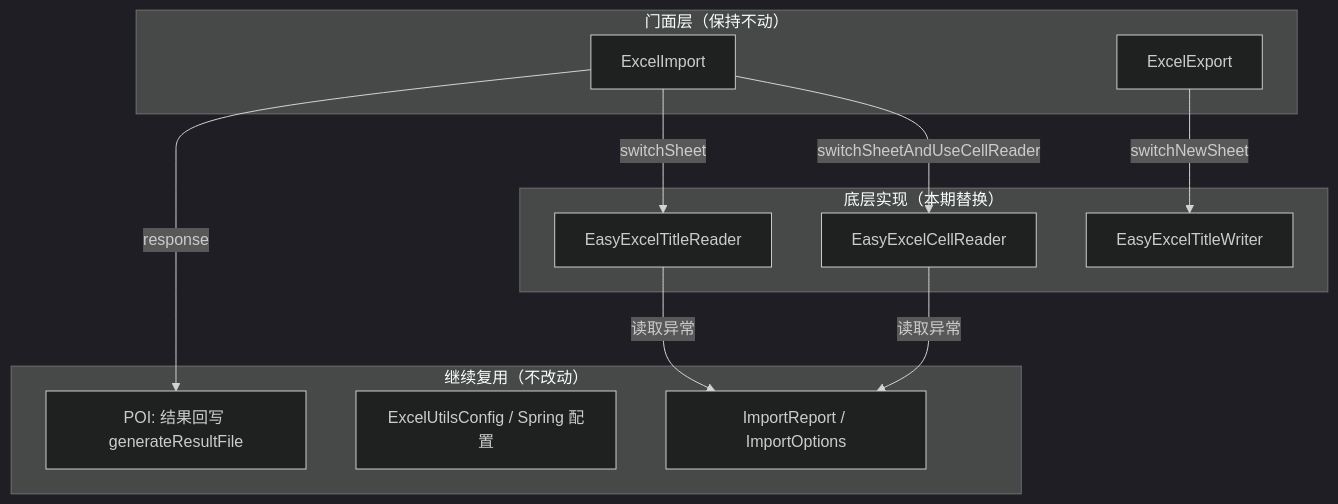
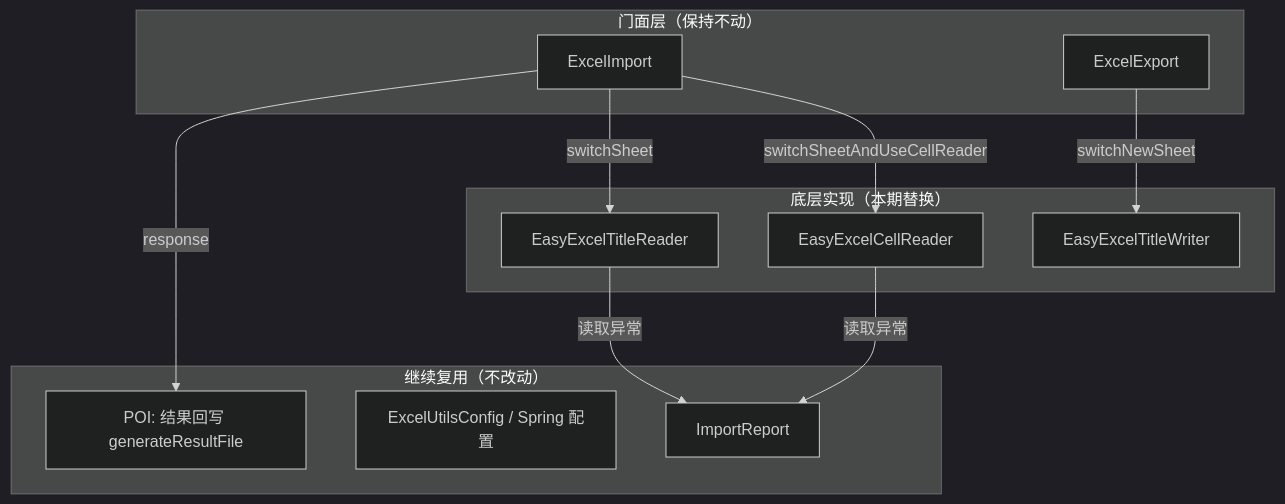
The diagram in doc/TRD-EasyExcel底层替换与门面兼容.md (creekmoon/excel-utils-boot-starter), drawn with Mermaid (dark theme) before and after one commit. The commit also changed other lines of this file and 21 other files, not shown here.

First line of the commit message:
refactor(import): 移除 ImportOptions 并让行级错误一次报全

````diff
--- a/doc/TRD-EasyExcel底层替换与门面兼容.md
+++ b/doc/TRD-EasyExcel底层替换与门面兼容.md
@@ -32,23 +32,23 @@
 ```mermaid
 graph TB
     subgraph facade["门面层（保持不动）"]
         EI["ExcelImport"]
         EE["ExcelExport"]
     end
     subgraph impl["底层实现（本期替换）"]
         ETR["EasyExcelTitleReader"]
         ECR["EasyExcelCellReader"]
         ETW["EasyExcelTitleWriter"]
     end
     subgraph keep["继续复用（不改动）"]
         POI["POI: 结果回写 generateResultFile"]
         CFG["ExcelUtilsConfig / Spring 配置"]
-        REP["ImportReport / ImportOptions"]
+        REP["ImportReport"]
     end
     EI -->|switchSheet| ETR
     EI -->|switchSheetAndUseCellReader| ECR
     EE -->|switchNewSheet| ETW
     ETR -->|读取异常| REP
     ECR -->|读取异常| REP
     EI -->|response| POI
 ```
````
